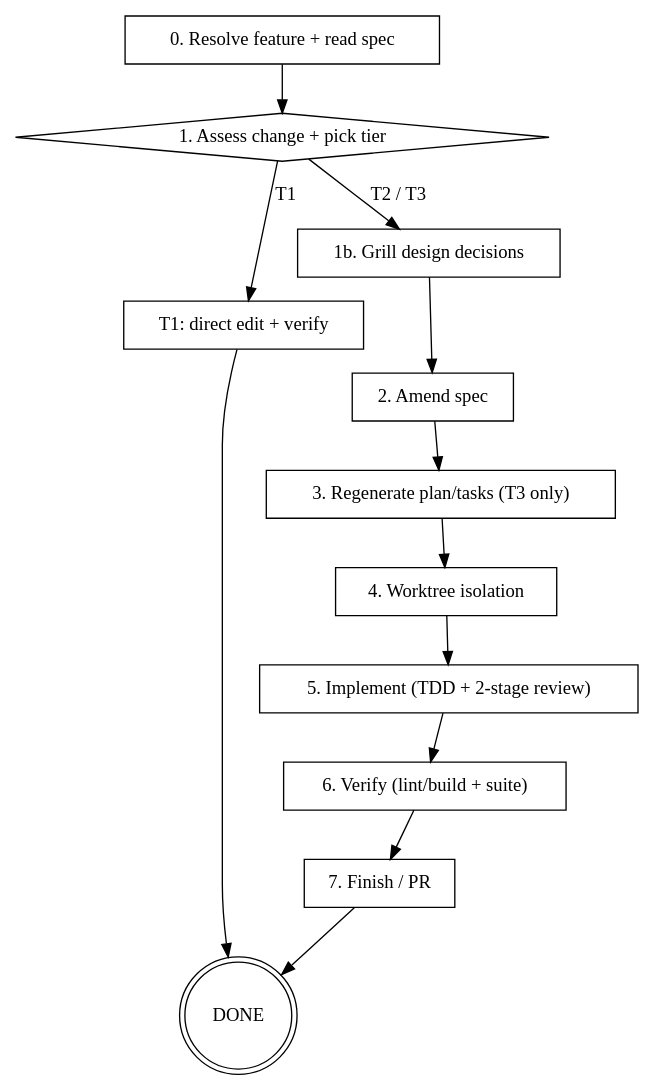
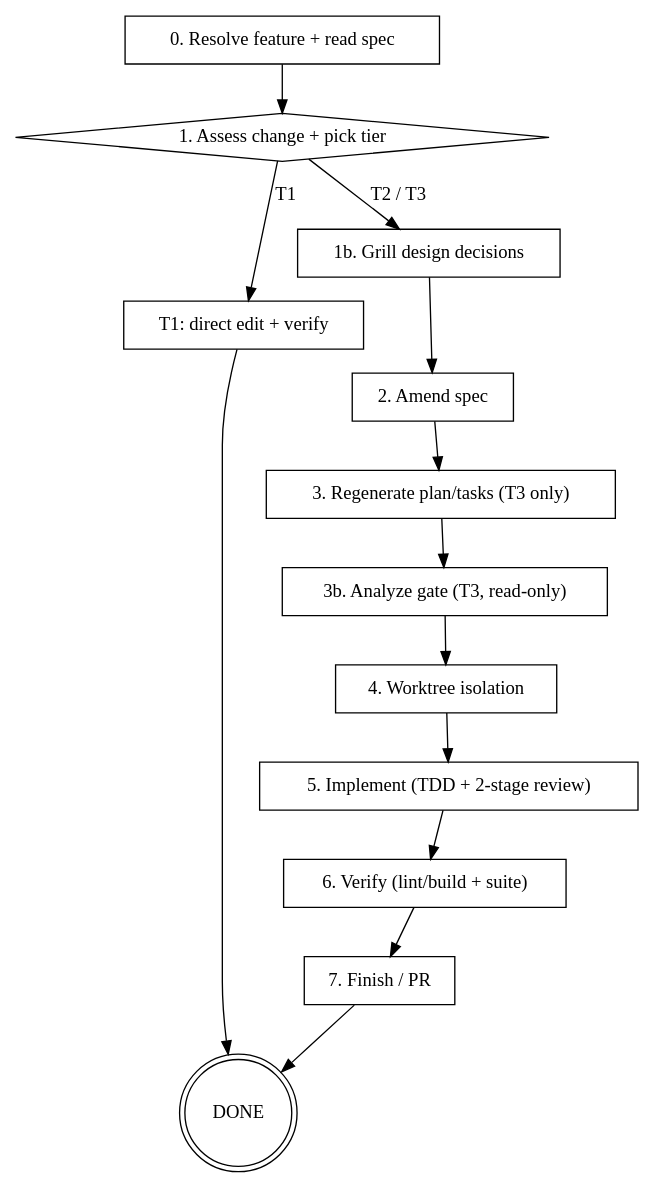
The diagram in skills/improve/SKILL.md (miroo93/dev-workflows), drawn with Graphviz before and after one commit. The commit also changed other lines of this file and 8 other files, not shown here.

````diff
--- a/skills/improve/SKILL.md
+++ b/skills/improve/SKILL.md
@@ -55,28 +55,30 @@
 ```dot
 digraph improve {
     rankdir=TB;
     "0. Resolve feature + read spec" [shape=box];
     "1. Assess change + pick tier" [shape=diamond];
     "T1: direct edit + verify" [shape=box];
     "1b. Grill design decisions" [shape=box];
     "2. Amend spec" [shape=box];
     "3. Regenerate plan/tasks (T3 only)" [shape=box];
+    "3b. Analyze gate (T3, read-only)" [shape=box];
     "4. Worktree isolation" [shape=box];
     "5. Implement (TDD + 2-stage review)" [shape=box];
     "6. Verify (lint/build + suite)" [shape=box];
     "7. Finish / PR" [shape=box];
     "DONE" [shape=doublecircle];
 
     "0. Resolve feature + read spec" -> "1. Assess change + pick tier";
     "1. Assess change + pick tier" -> "T1: direct edit + verify" [label="T1"];
     "T1: direct edit + verify" -> "DONE";
     "1. Assess change + pick tier" -> "1b. Grill design decisions" [label="T2 / T3"];
     "1b. Grill design decisions" -> "2. Amend spec";
     "2. Amend spec" -> "3. Regenerate plan/tasks (T3 only)";
-    "3. Regenerate plan/tasks (T3 only)" -> "4. Worktree isolation";
+    "3. Regenerate plan/tasks (T3 only)" -> "3b. Analyze gate (T3, read-only)";
+    "3b. Analyze gate (T3, read-only)" -> "4. Worktree isolation";
     "4. Worktree isolation" -> "5. Implement (TDD + 2-stage review)";
     "5. Implement (TDD + 2-stage review)" -> "6. Verify (lint/build + suite)";
     "6. Verify (lint/build + suite)" -> "7. Finish / PR";
     "7. Finish / PR" -> "DONE";
 }
 ```
````
